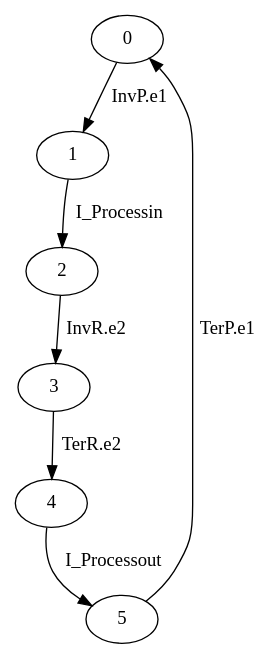
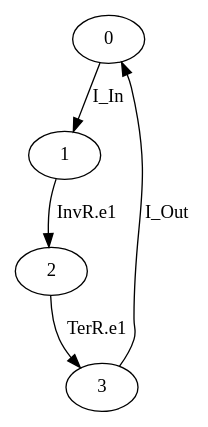
One commit to gfads/midarch changed the diagram in src/gmidarch/development/repositories/dot/Calculatorproxy.dot. Above: the diagram before and after it, drawn with Graphviz. The commit also changed 668 other files, not shown here.

```diff
--- a/src/gmidarch/development/repositories/dot/Calculatorproxy.dot
+++ b/src/gmidarch/development/repositories/dot/Calculatorproxy.dot
@@ -1,8 +1,6 @@
 digraph G {
-  0 -> 1 [ label="InvP.e1" ];
-  1 -> 2 [ label="I_Processin" ];
-  2 -> 3 [ label="InvR.e2" ];
-  3 -> 4 [ label="TerR.e2" ];
-  4 -> 5 [ label="I_Processout" ];
-  5 -> 0 [ label="TerP.e1" ];
+  0 -> 1 [ label="I_In" ];
+  1 -> 2 [ label="InvR.e1" ];
+  2 -> 3 [ label="TerR.e1" ];
+  3 -> 0 [ label="I_Out" ];
 }
```
